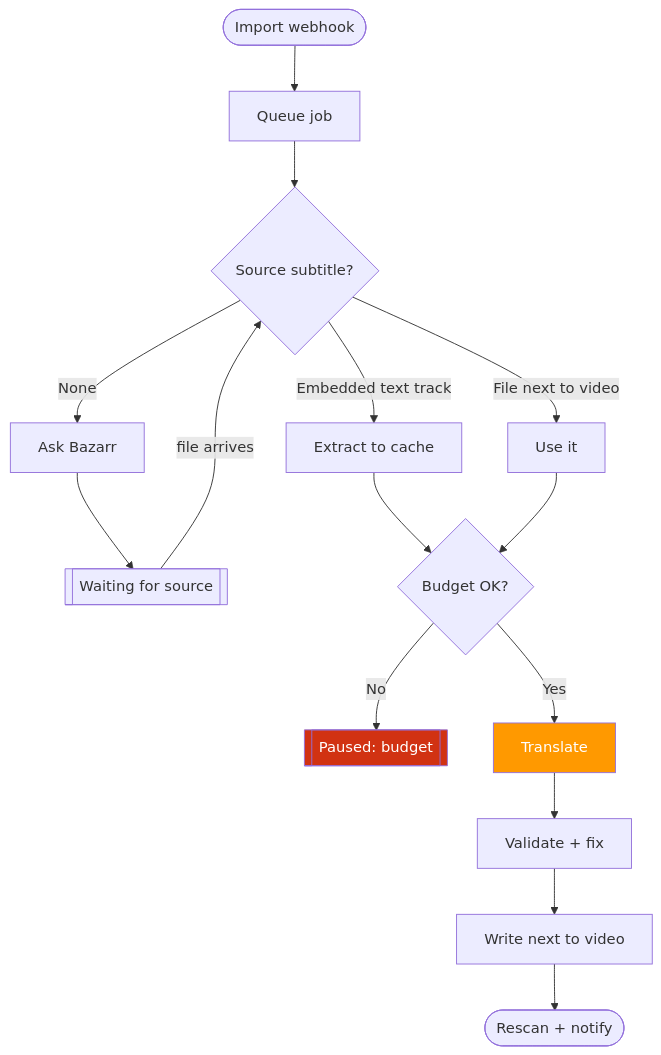
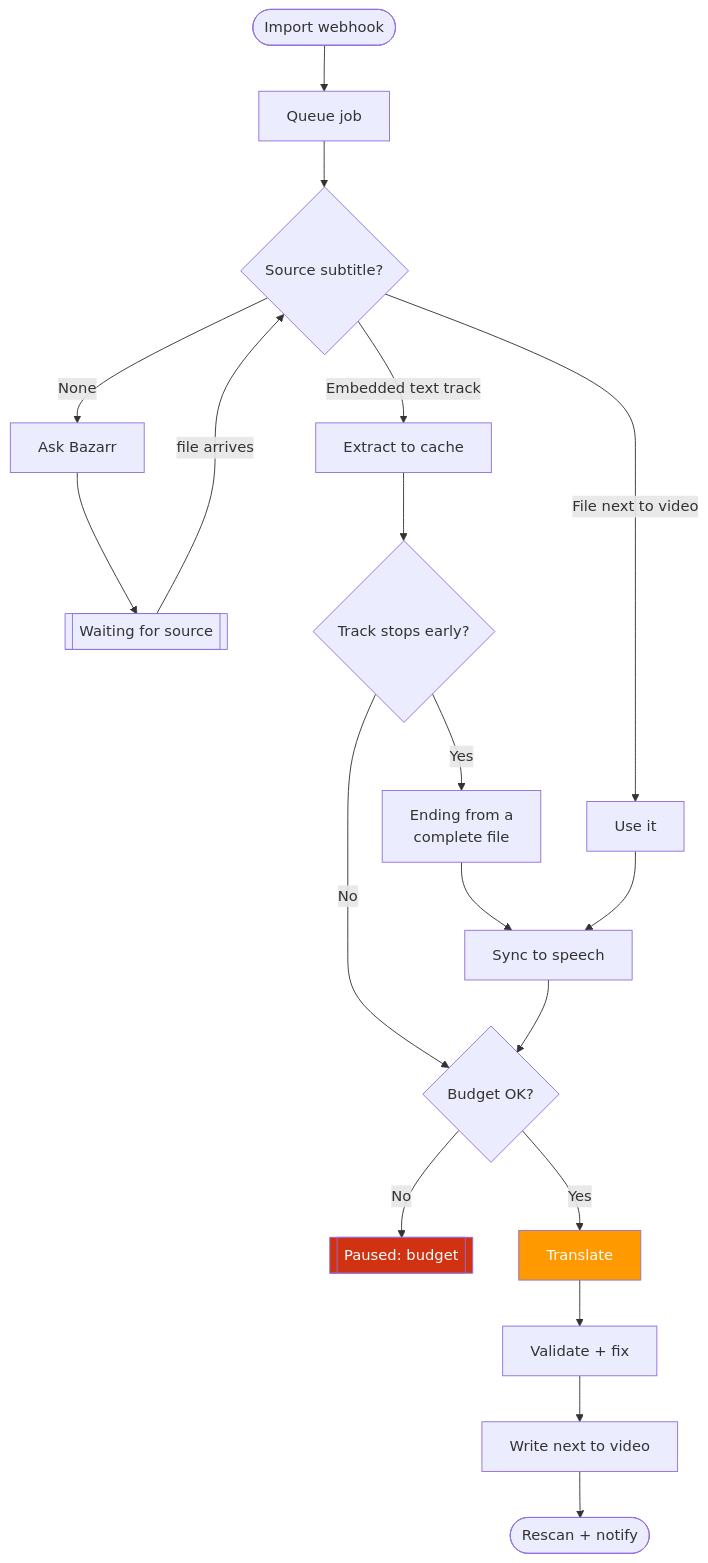
The second of 9 diagrams in docs/architecture.md (captionizerr/captionizerr), drawn with Mermaid before and after one commit. The commit also changed other lines of this file and 7 other files, not shown here.

First line of the commit message:
Release 0.2.8: sync to speech

````diff
--- a/docs/architecture.md
+++ b/docs/architecture.md
@@ -50,20 +53,24 @@
 ```mermaid
 flowchart TD
     A([Import webhook]) --> B[Queue job]
     B --> C{Source subtitle?}
     C -->|Embedded text track| E[Extract to cache]
     C -->|File next to video| F[Use it]
     C -->|None| G[Ask Bazarr]
     G --> H[[Waiting for source]]
     H -->|file arrives| C
-    E --> I{Budget OK?}
-    F --> I
+    E --> X{Track stops early?}
+    X -->|No| I{Budget OK?}
+    X -->|Yes| Y[Ending from a<br/>complete file]
+    Y --> S[Sync to speech]
+    F --> S
+    S --> I
     I -->|No| J[[Paused: budget]]
     I -->|Yes| K[Translate]
     K --> L[Validate + fix]
     L --> M[Write next to video]
     M --> N([Rescan + notify])
 
     style K fill:#FF9900,color:#fff
     style J fill:#D13212,color:#fff
 ```
````
